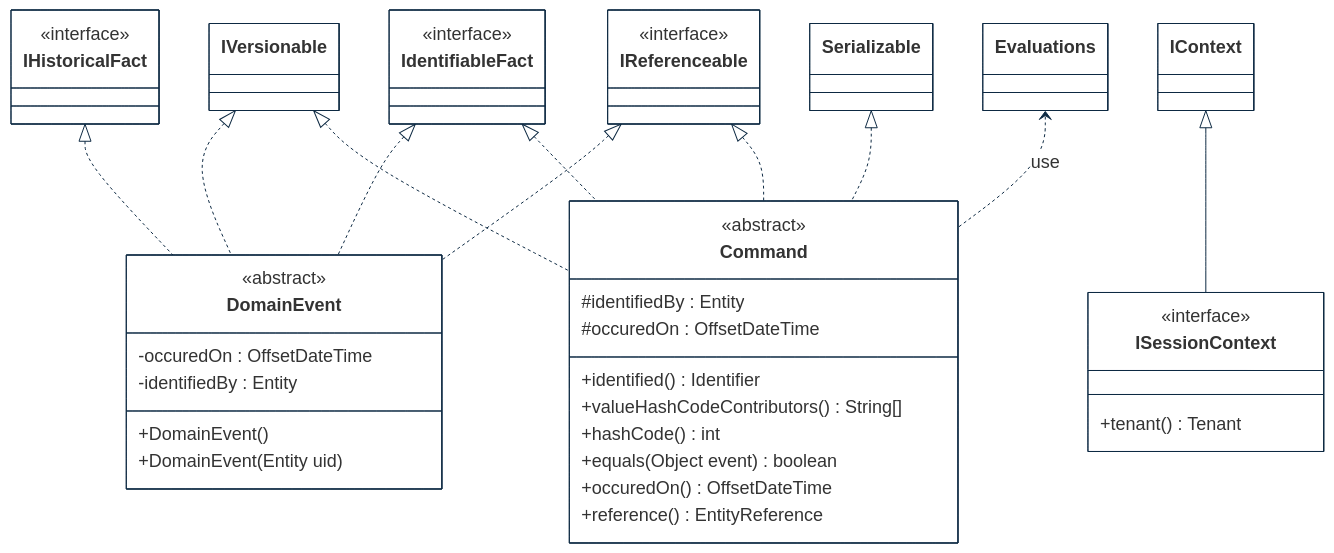
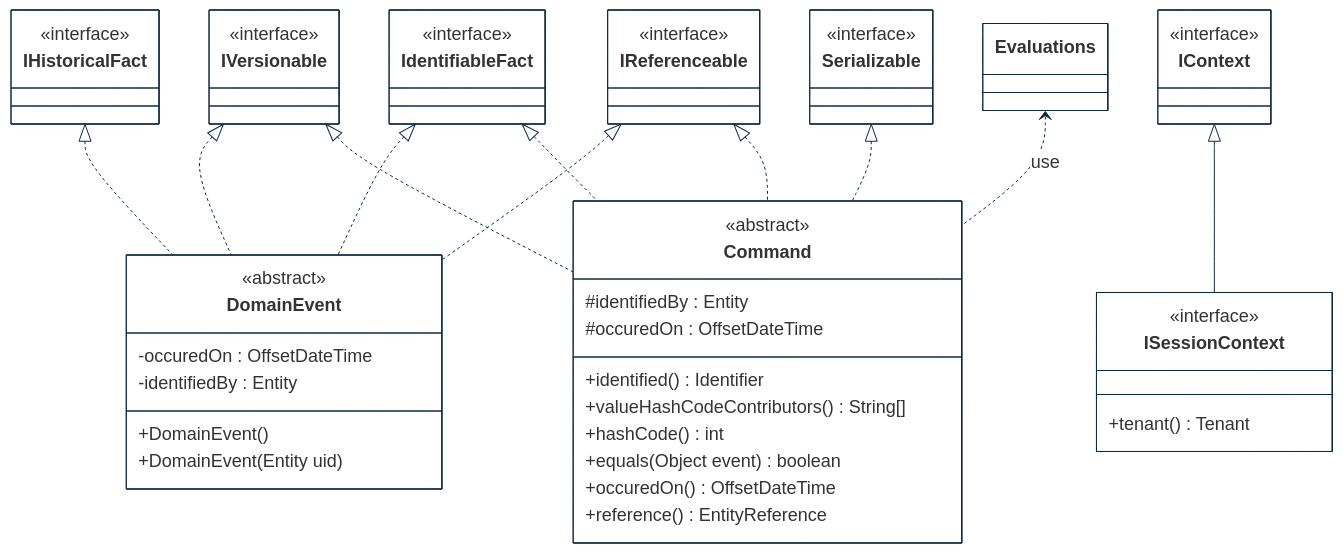
The first of 6 diagrams in implementations-line/framework/domain/designview-packages.md (cybnity/foundation), drawn with Mermaid before and after one commit. The commit also changed other lines of this file, not shown here.

````diff
--- a/implementations-line/framework/domain/designview-packages.md
+++ b/implementations-line/framework/domain/designview-packages.md
@@ -10,63 +10,72 @@
 ```mermaid
 %%{
   init: {
     'theme': 'base',
     'themeVariables': {
         'background': '#ffffff',
         'fontFamily': 'arial',
         'fontSize': '18px',
         'primaryColor': '#fff',
         'primaryBorderColor': '#0e2a43',
         'secondaryBorderColor': '#0e2a43',
         'tertiaryBorderColor': '#0e2a43',
         'edgeLabelBackground':'#0e2a43',
         'lineColor': '#0e2a43',
         'tertiaryColor': '#fff'
     }
   }
 }%%
 classDiagram
     IHistoricalFact <|.. DomainEvent
     IVersionable <|.. DomainEvent
     IReferenceable <|.. DomainEvent
     IdentifiableFact <|.. DomainEvent
     IdentifiableFact <|.. Command
     IVersionable <|.. Command
     Serializable <|.. Command
     IReferenceable <|.. Command
     Evaluations <.. Command : use
     IContext <|-- ISessionContext
 
     class DomainEvent {
         <<abstract>>
         -occuredOn : OffsetDateTime
         -identifiedBy : Entity
         +DomainEvent()
         +DomainEvent(Entity uid)
     }
     class IHistoricalFact {
         <<interface>>
     }
     class IdentifiableFact {
         <<interface>>
     }
+    class IVersionable {
+        <<interface>>
+    }
+    class IContext {
+        <<interface>>
+    }
+    class Serializable {
+        <<interface>>
+    }
     class IReferenceable {
         <<interface>>
     }
     class ISessionContext {
         <<interface>>
         +tenant() Tenant
     }
     class Command {
         <<abstract>>
         #identifiedBy : Entity
         #occuredOn : OffsetDateTime
         +identified() Identifier
         +valueHashCodeContributors() String[]
         +hashCode() int
         +equals(Object event) boolean
         +occuredOn() OffsetDateTime
         +reference() EntityReference
     }
 
 ```
````
